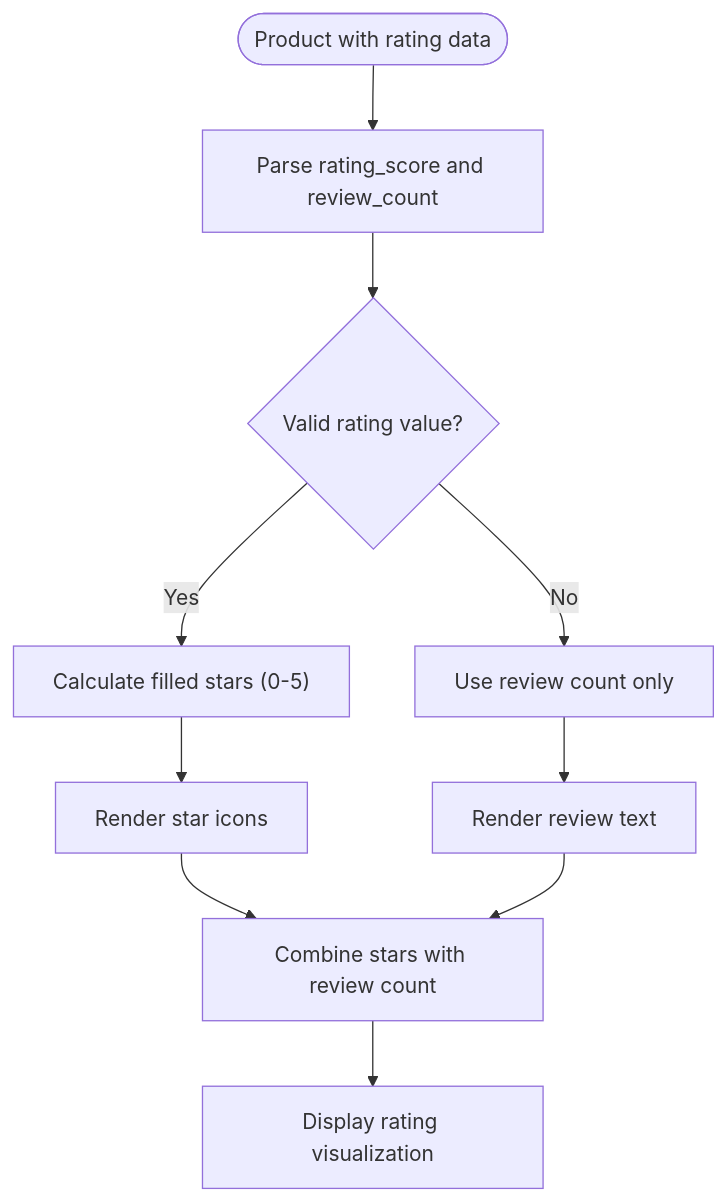
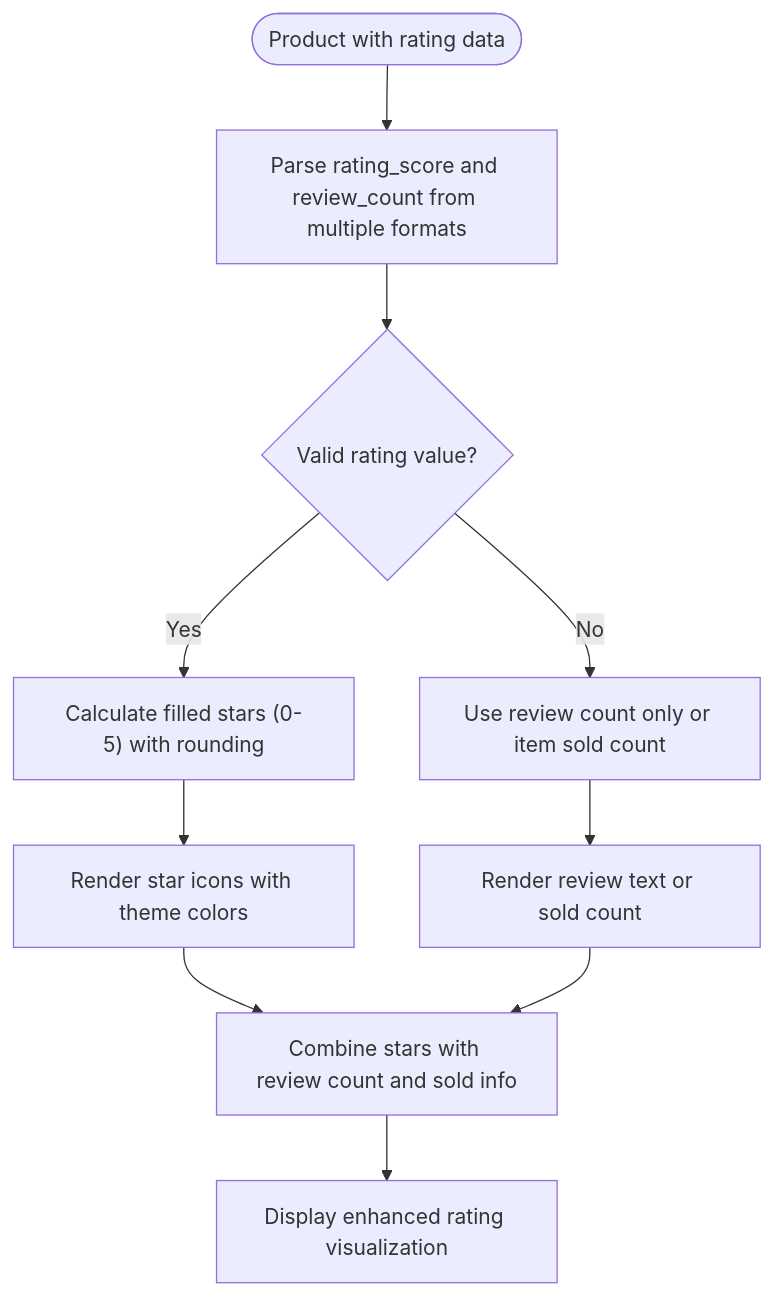
Before and after one commit to Muhammad-Masood/tijarah-ai-app: the fourth of 10 diagrams in .qoder/repowiki/en/content/Product Management/Product Catalog & Browsing.md, drawn with Mermaid. The commit also changed other lines of this file and 18 other files, not shown here.

````diff
--- a/.qoder/repowiki/en/content/Product Management/Product Catalog & Browsing.md
+++ b/.qoder/repowiki/en/content/Product Management/Product Catalog & Browsing.md
@@ -223,12 +224,12 @@
 ```mermaid
 flowchart TD
-Start(["Product with rating data"]) --> ParseRating["Parse rating_score and review_count"]
+Start(["Product with rating data"]) --> ParseRating["Parse rating_score and review_count from multiple formats"]
 ParseRating --> Validate{"Valid rating value?"}
-Validate --> |Yes| CalculateStars["Calculate filled stars (0-5)"]
-Validate --> |No| UseReviewCount["Use review count only"]
-CalculateStars --> RenderStars["Render star icons"]
-UseReviewCount --> RenderText["Render review text"]
-RenderStars --> Combine["Combine stars with review count"]
+Validate --> |Yes| CalculateStars["Calculate filled stars (0-5) with rounding"]
+Validate --> |No| UseReviewCount["Use review count only or item sold count"]
+CalculateStars --> RenderStars["Render star icons with theme colors"]
+UseReviewCount --> RenderText["Render review text or sold count"]
+RenderStars --> Combine["Combine stars with review count and sold info"]
 RenderText --> Combine
-Combine --> Display["Display rating visualization"]
+Combine --> Display["Display enhanced rating visualization"]
 ```
````
